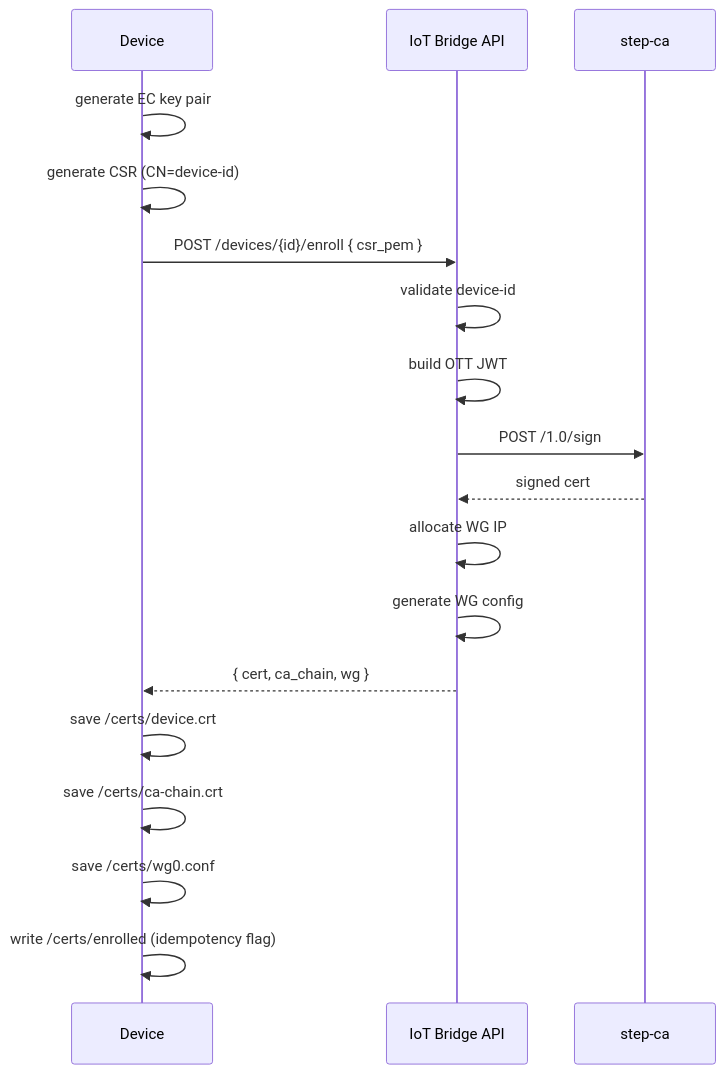
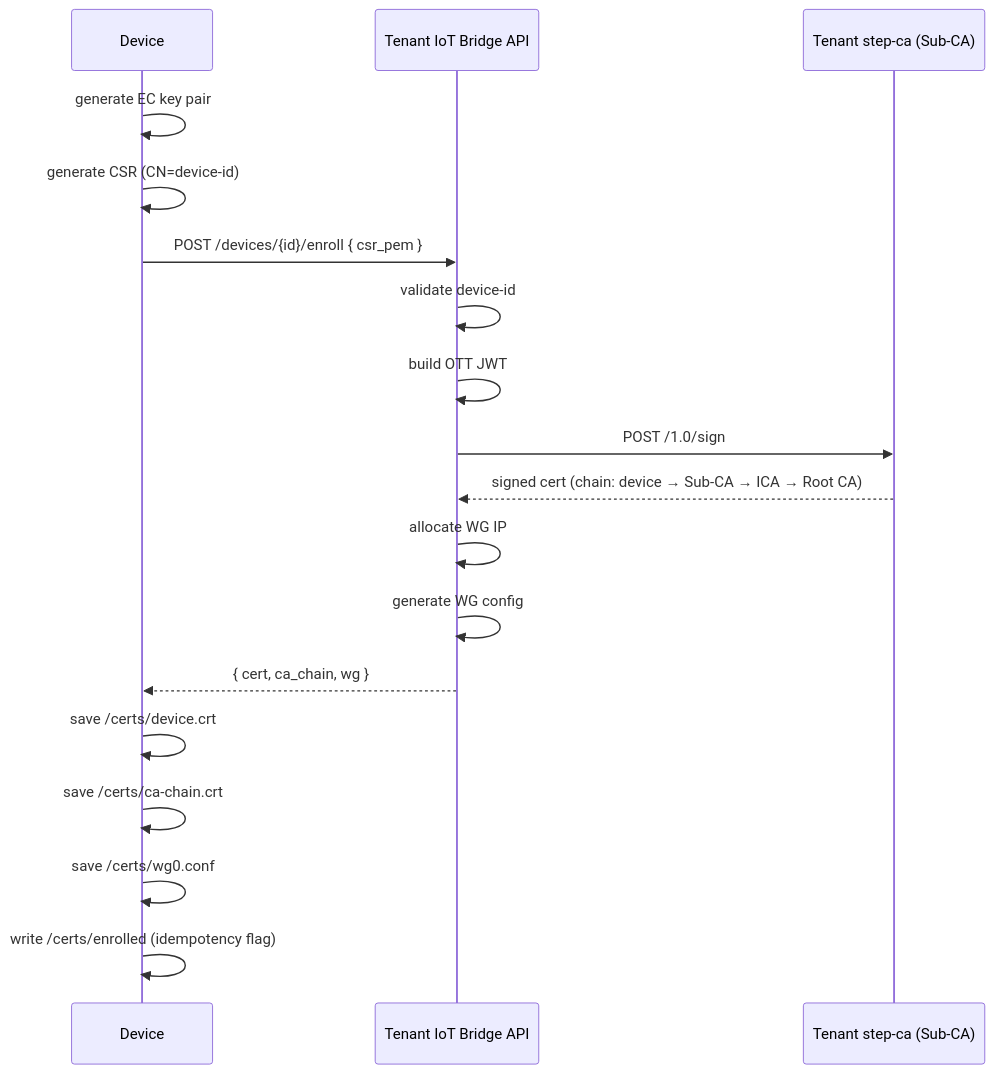
The first of 3 diagrams in docs/workflows/device-provisioning.md (the78mole/complete-device-management), drawn with Mermaid before and after one commit. The commit also changed other lines of this file and 49 other files, not shown here.

Commit message:
Complete Architecture Redesign - Phase 1.5 Documentation and Phase 2

````diff
--- a/docs/workflows/device-provisioning.md
+++ b/docs/workflows/device-provisioning.md
@@ -21,21 +26,21 @@
 ```mermaid
 sequenceDiagram
     participant D as Device
-    participant I as IoT Bridge API
-    participant S as step-ca
+    participant I as Tenant IoT Bridge API
+    participant S as Tenant step-ca (Sub-CA)
 
     D->>D: generate EC key pair
     D->>D: generate CSR (CN=device-id)
     D->>I: POST /devices/{id}/enroll { csr_pem }
     I->>I: validate device-id
     I->>I: build OTT JWT
     I->>S: POST /1.0/sign
-    S-->>I: signed cert
+    S-->>I: signed cert (chain: device → Sub-CA → ICA → Root CA)
     I->>I: allocate WG IP
     I->>I: generate WG config
     I-->>D: { cert, ca_chain, wg }
     D->>D: save /certs/device.crt
     D->>D: save /certs/ca-chain.crt
     D->>D: save /certs/wg0.conf
     D->>D: write /certs/enrolled (idempotency flag)
 ```
````
